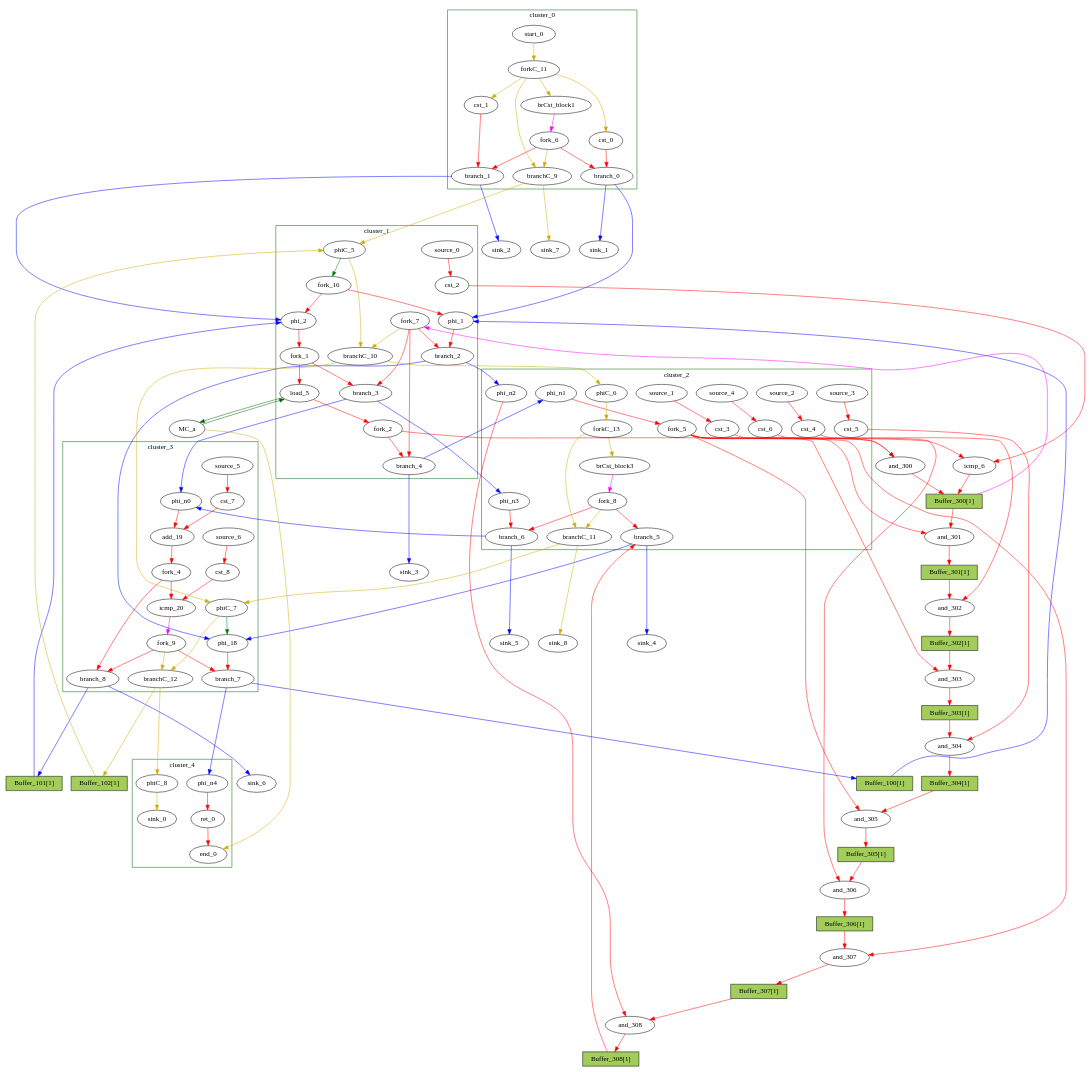
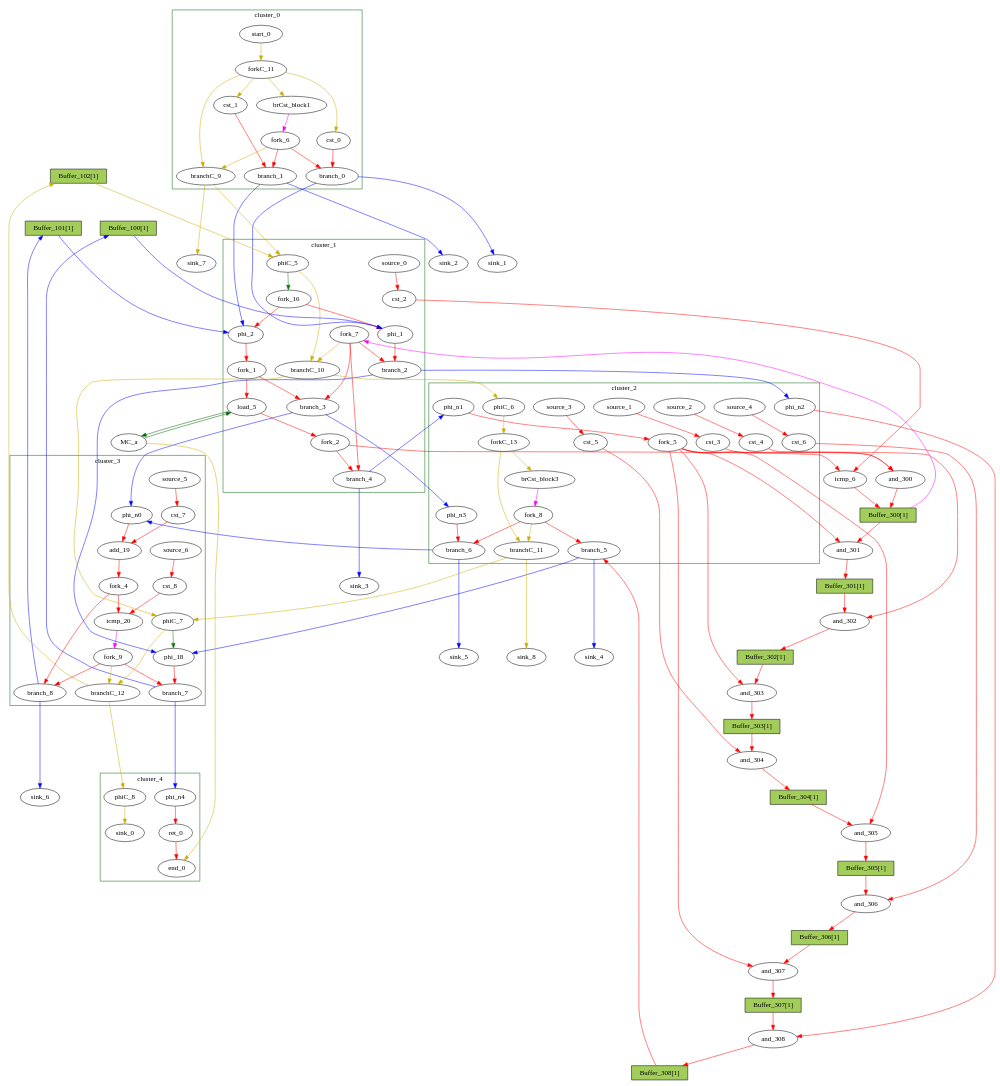
The diagram in RegressionTest/Examples/gsum/reports/gsum_decoy.dot (Nozidoali/MapBuf), drawn with Graphviz before and after one commit. The commit also changed other lines of this file and 135 other files, not shown here.

```diff
--- a/RegressionTest/Examples/gsum/reports/gsum_decoy.dot
+++ b/RegressionTest/Examples/gsum/reports/gsum_decoy.dot
@@ -1,5 +1,37 @@
 Digraph G {
 	splines=spline;
+	subgraph cluster_cluster_2 {
+	color = "darkgreen";
+label = "cluster_2";
+		"cst_3" [type="Constant", in="in1:32", out="out1:32", bbID=3, value="0x3F23D70A"];
+		"cst_4" [type="Constant", in="in1:32", out="out1:32", bbID=3, value="0x3F333333"];
+		"cst_5" [type="Constant", in="in1:32", out="out1:32", bbID=3, value="0x3E570A3D"];
+		"cst_6" [type="Constant", in="in1:32", out="out1:32", bbID=3, value="0x3EA8F5C3"];
+		"brCst_block3" [type="Constant", in="in1:1", out="out1:1", bbID=3, value="0x1"];
+		"phi_n1" [type="Merge", in="in1:32 ", out="out1:32", bbID=3, delay=0.0];
+		"phi_n2" [type="Merge", in="in1:32 ", out="out1:32", bbID=3, delay=0.0];
+		"phi_n3" [type="Merge", in="in1:10 ", out="out1:10", bbID=3, delay=0.0];
+		"fork_5" [type="Fork", in="in1:32", out="out1:32 out2:32 out3:32 out4:32 out5:32 ", bbID=3];
+		"branch_5" [type="Branch", in="in1:32 in2?:1", out="out1+:32 out2-:32", bbID=3];
+		"branch_6" [type="Branch", in="in1:10 in2?:1", out="out1+:10 out2-:10", bbID=3];
+		"fork_8" [type="Fork", in="in1:1", out="out1:1 out2:1 out3:1 ", bbID=3];
+		"phiC_6" [type="Merge", in="in1:0 ", out="out1:0", bbID=3, delay=0.0];
+		"forkC_13" [type="Fork", in="in1:0", out="out1:0 out2:0 ", bbID=3];
+		"branchC_11" [type="Branch", in="in1:0 in2?:1", out="out1+:0 out2-:0", bbID=3];
+		"source_1" [type="Source", out="out1:32", bbID=3];
+		"source_2" [type="Source", out="out1:32", bbID=3];
+		"source_3" [type="Source", out="out1:32", bbID=3];
+		"source_4" [type="Source", out="out1:32", bbID=3];
+	}
+	subgraph cluster_cluster_4 {
+	color = "darkgreen";
+label = "cluster_4";
+		"ret_0" [type="Operator", in="in1:32 ", out="out1:32 ", bbID=5, II=1, delay=0.0, latency=0, op="ret_op"];
+		"phi_n4" [type="Merge", in="in1:32 ", out="out1:32", bbID=5, delay=0.0];
+		"end_0" [type="Exit", in="in1:0*e in2:32 ", out="out1:32", bbID=0];
+		"phiC_8" [type="Merge", in="in1:0 ", out="out1:0", bbID=5, delay=0.0];
+		"sink_0" [type="Sink", in="in1:0", bbID=0];
+	}
 	subgraph cluster_cluster_3 {
 	color = "darkgreen";
 label = "cluster_3";
@@ -48,38 +80,6 @@
 		"branchC_10" [type="Branch", in="in1:0 in2?:1", out="out1+:0 out2-:0", bbID=2];
 		"source_0" [type="Source", out="out1:32", bbID=2];
 		"fork_16" [type="Fork", in="in1:1", out="out1:1 out2:1 ", bbID=2];
-	}
-	subgraph cluster_cluster_2 {
-	color = "darkgreen";
-label = "cluster_2";
-		"cst_3" [type="Constant", in="in1:32", out="out1:32", bbID=3, value="0x3F23D70A"];
-		"cst_4" [type="Constant", in="in1:32", out="out1:32", bbID=3, value="0x3F333333"];
-		"cst_5" [type="Constant", in="in1:32", out="out1:32", bbID=3, value="0x3E570A3D"];
-		"cst_6" [type="Constant", in="in1:32", out="out1:32", bbID=3, value="0x3EA8F5C3"];
-		"brCst_block3" [type="Constant", in="in1:1", out="out1:1", bbID=3, value="0x1"];
-		"phi_n1" [type="Merge", in="in1:32 ", out="out1:32", bbID=3, delay=0.0];
-		"phi_n2" [type="Merge", in="in1:32 ", out="out1:32", bbID=3, delay=0.0];
-		"phi_n3" [type="Merge", in="in1:10 ", out="out1:10", bbID=3, delay=0.0];
-		"fork_5" [type="Fork", in="in1:32", out="out1:32 out2:32 out3:32 out4:32 out5:32 ", bbID=3];
-		"branch_5" [type="Branch", in="in1:32 in2?:1", out="out1+:32 out2-:32", bbID=3];
-		"branch_6" [type="Branch", in="in1:10 in2?:1", out="out1+:10 out2-:10", bbID=3];
-		"fork_8" [type="Fork", in="in1:1", out="out1:1 out2:1 out3:1 ", bbID=3];
-		"phiC_6" [type="Merge", in="in1:0 ", out="out1:0", bbID=3, delay=0.0];
-		"forkC_13" [type="Fork", in="in1:0", out="out1:0 out2:0 ", bbID=3];
-		"branchC_11" [type="Branch", in="in1:0 in2?:1", out="out1+:0 out2-:0", bbID=3];
-		"source_1" [type="Source", out="out1:32", bbID=3];
-		"source_2" [type="Source", out="out1:32", bbID=3];
-		"source_3" [type="Source", out="out1:32", bbID=3];
-		"source_4" [type="Source", out="out1:32", bbID=3];
-	}
-	subgraph cluster_cluster_4 {
-	color = "darkgreen";
-label = "cluster_4";
-		"ret_0" [type="Operator", in="in1:32 ", out="out1:32 ", bbID=5, II=1, delay=0.0, latency=0, op="ret_op"];
-		"phi_n4" [type="Merge", in="in1:32 ", out="out1:32", bbID=5, delay=0.0];
-		"end_0" [type="Exit", in="in1:0*e in2:32 ", out="out1:32", bbID=0];
-		"phiC_8" [type="Merge", in="in1:0 ", out="out1:0", bbID=5, delay=0.0];
-		"sink_0" [type="Sink", in="in1:0", bbID=0];
 	}
 		"MC_a" [type="MC", in="in1:10*l0a ", out="out1:32*l0d out2:0*e ", bbID=0, bbcount=0, ldcount=1, memory="a", stcount=0];
 		"sink_1" [type="Sink", in="in1:32", bbID=0];
```
